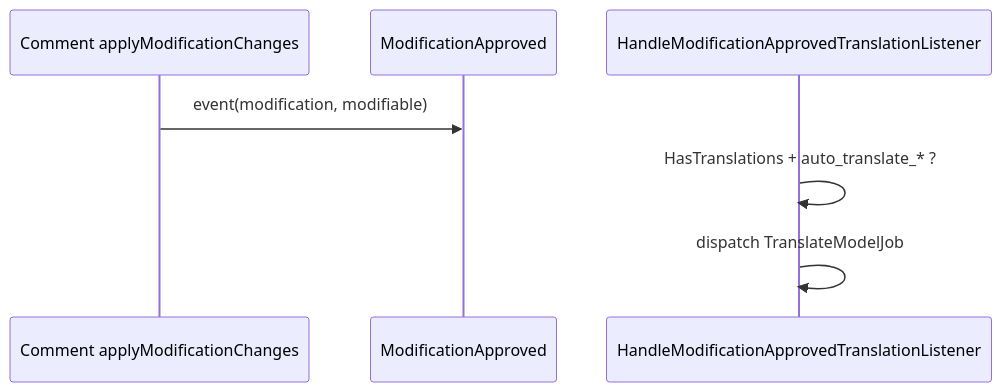
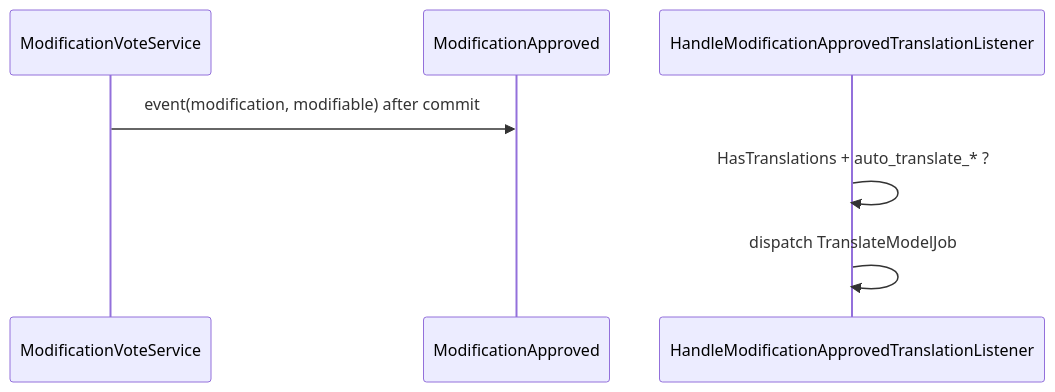
The eighth of 8 diagrams in docs/EVENT_ORCHESTRATION.md (swolley/laraplate-core), drawn with Mermaid before and after one commit. The commit also changed other lines of this file and 5 other files, not shown here.

````diff
--- a/docs/EVENT_ORCHESTRATION.md
+++ b/docs/EVENT_ORCHESTRATION.md
@@ -265,10 +280,10 @@
 ```mermaid
 sequenceDiagram
-    participant CMS as Comment applyModificationChanges
+    participant Svc as ModificationVoteService
     participant Core as ModificationApproved
     participant AI as HandleModificationApprovedTranslationListener
 
-    CMS->>Core: event(modification, modifiable)
+    Svc->>Core: event(modification, modifiable) after commit
     AI->>AI: HasTranslations + auto_translate_* ?
     AI->>AI: dispatch TranslateModelJob
 ```
````
